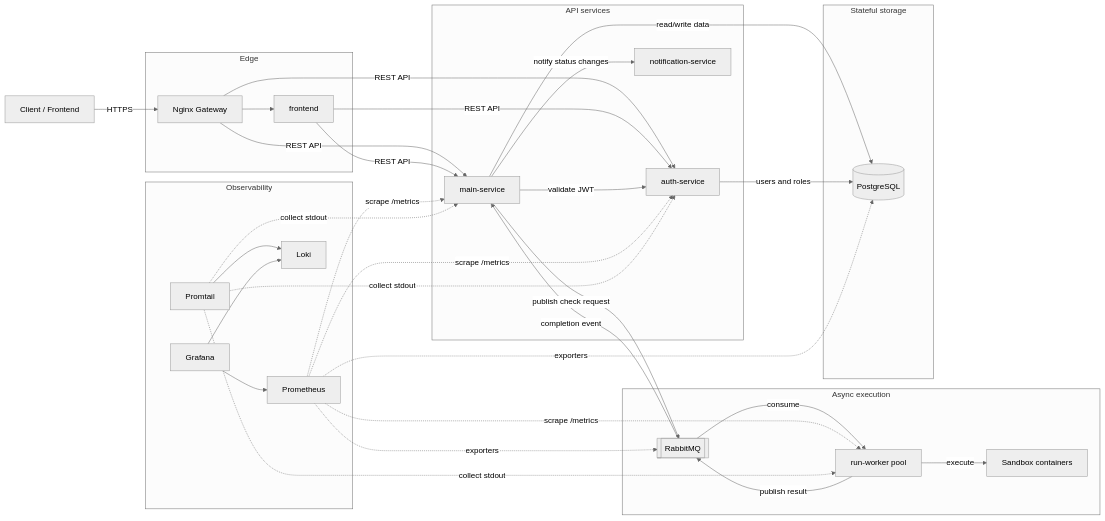
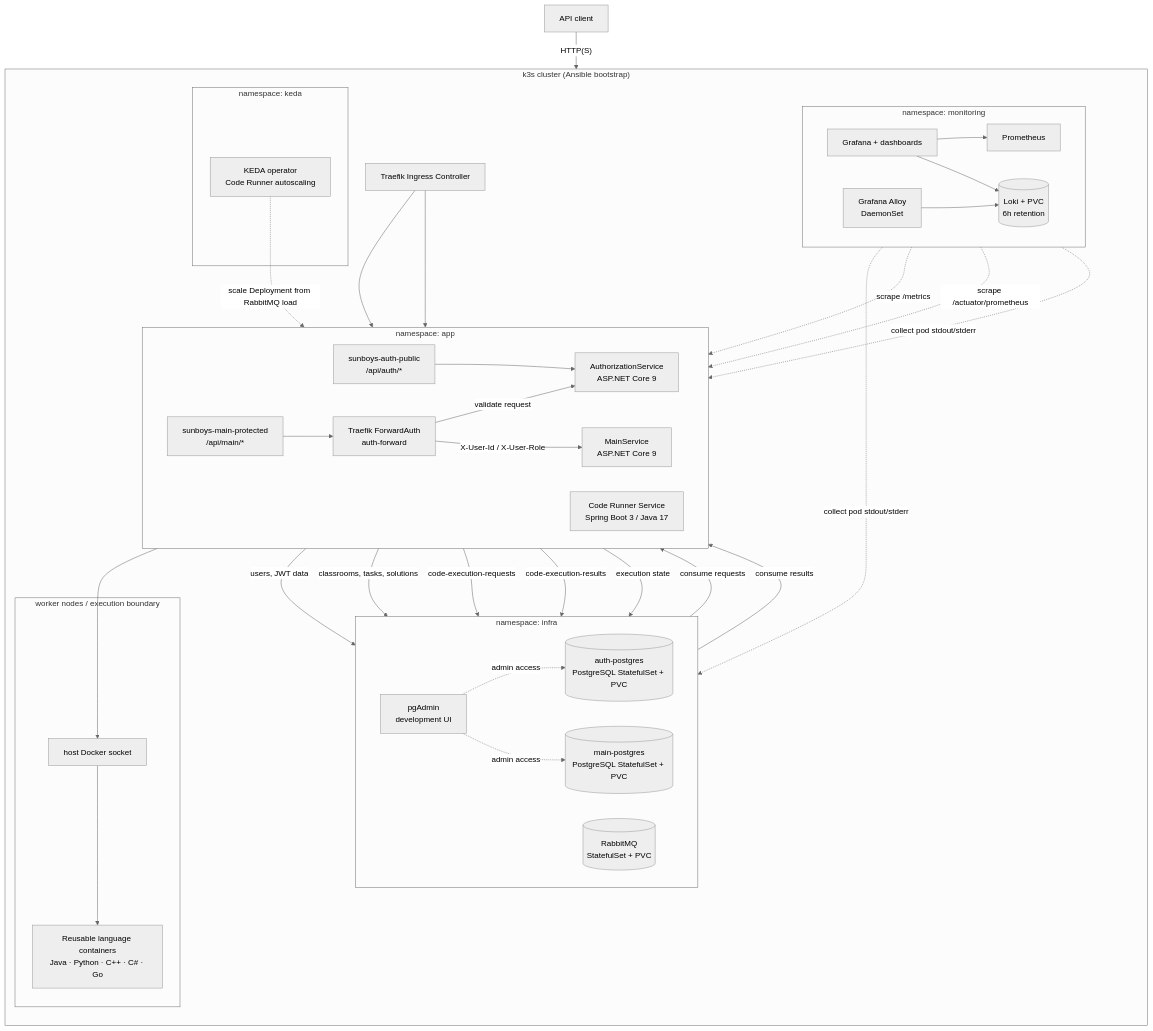
One commit to Sunboys-HITs/docs changed the first of 2 diagrams in docs/sre-architecture.md. Above: the diagram before and after it, drawn with Mermaid (neutral theme). The commit also changed other lines of this file, not shown here.

Commit message:
Revise SRE architecture diagram for clarity and update sequence diagram to reflect new service interactions

````diff
--- a/docs/sre-architecture.md
+++ b/docs/sre-architecture.md
@@ -39,62 +39,71 @@
 ```mermaid
-flowchart LR
-    user["Client / Frontend"]
+flowchart TB
+    client["API client"]
 
-    subgraph edge["Edge"]
-        ingress["Nginx Gateway"]
-        frontend["frontend"]
+    subgraph cluster["k3s cluster (Ansible bootstrap)"]
+        direction TB
+        traefik["Traefik Ingress Controller"]
+
+        subgraph app["namespace: app"]
+            direction LR
+            publicIngress["sunboys-auth-public<br/>/api/auth/*"]
+            protectedIngress["sunboys-main-protected<br/>/api/main/*"]
+            forwardAuth["Traefik ForwardAuth<br/>auth-forward"]
+            auth["AuthorizationService<br/>ASP.NET Core 9"]
+            main["MainService<br/>ASP.NET Core 9"]
+            runner["Code Runner Service<br/>Spring Boot 3 / Java 17"]
+        end
+
+        subgraph infra["namespace: infra"]
+            direction LR
+            authDb[("auth-postgres<br/>PostgreSQL StatefulSet + PVC")]
+            mainDb[("main-postgres<br/>PostgreSQL StatefulSet + PVC")]
+            rabbit[("RabbitMQ<br/>StatefulSet + PVC")]
+            pgadmin["pgAdmin<br/>development UI"]
+        end
+
+        subgraph execution["worker nodes / execution boundary"]
+            dockerSocket["host Docker socket"]
+            sandboxes["Reusable language containers<br/>Java · Python · C++ · C# · Go"]
+        end
+
+        subgraph monitoring["namespace: monitoring"]
+            direction LR
+            prometheus["Prometheus"]
+            alloy["Grafana Alloy<br/>DaemonSet"]
+            loki[("Loki + PVC<br/>6h retention")]
+            grafana["Grafana + dashboards"]
+        end
+
+        subgraph autoscaling["namespace: keda"]
+            keda["KEDA operator<br/>Code Runner autoscaling"]
+        end
     end
 
-    subgraph api["API services"]
-        auth["auth-service"]
-        main["main-service"]
-        notification["notification-service"]
-    end
+    client -->|"HTTP(S)"| traefik
+    traefik --> publicIngress --> auth
+    traefik --> protectedIngress
+    protectedIngress --> forwardAuth
+    forwardAuth -->|"validate request"| auth
+    forwardAuth -->|"X-User-Id / X-User-Role"| main
 
-    subgraph async["Async execution"]
-        rabbit[["RabbitMQ"]]
-        workers["run-worker pool"]
-        sandbox["Sandbox containers"]
-    end
+    auth -->|"users, JWT data"| authDb
+    main -->|"classrooms, tasks, solutions"| mainDb
+    main -->|"code-execution-requests"| rabbit
+    rabbit -->|"consume requests"| runner
+    runner -->|"code-execution-results"| rabbit
+    rabbit -->|"consume results"| main
+    runner -->|"execution state"| mainDb
+    runner --> dockerSocket --> sandboxes
+    pgadmin -. "admin access" .-> authDb
+    pgadmin -. "admin access" .-> mainDb
 
-    subgraph storage["Stateful storage"]
-        db[("PostgreSQL")]
-    end
-
-    subgraph observe["Observability"]
-        prometheus["Prometheus"]
-        grafana["Grafana"]
-        promtail["Promtail"]
-        loki["Loki"]
-    end
-
-    user -->|"HTTPS"| ingress
-    ingress --> frontend
-    ingress -->|"REST API"| auth
-    ingress -->|"REST API"| main
-
-    frontend -->|"REST API"| auth
-    frontend -->|"REST API"| main
-
-    main -->|"validate JWT"| auth
-    main -->|"read/write data"| db
-    auth -->|"users and roles"| db
-    main -->|"publish check request"| rabbit
-    rabbit -->|"consume"| workers
-    workers -->|"execute"| sandbox
-    workers -->|"publish result"| rabbit
-    rabbit -->|"completion event"| main
-    main -->|"notify status changes"| notification
-
-    prometheus -. "scrape /metrics" .-> auth
     prometheus -. "scrape /metrics" .-> main
-    prometheus -. "scrape /metrics" .-> workers
-    prometheus -. "exporters" .-> rabbit
-    prometheus -. "exporters" .-> db
+    prometheus -. "scrape /actuator/prometheus" .-> runner
+    alloy -. "collect pod stdout/stderr" .-> app
+    alloy -. "collect pod stdout/stderr" .-> infra
+    alloy --> loki
     grafana --> prometheus
-    promtail -. "collect stdout" .-> auth
-    promtail -. "collect stdout" .-> main
-    promtail -. "collect stdout" .-> workers
-    promtail --> loki
     grafana --> loki
+    keda -. "scale Deployment from RabbitMQ load" .-> runner
 ```
````
